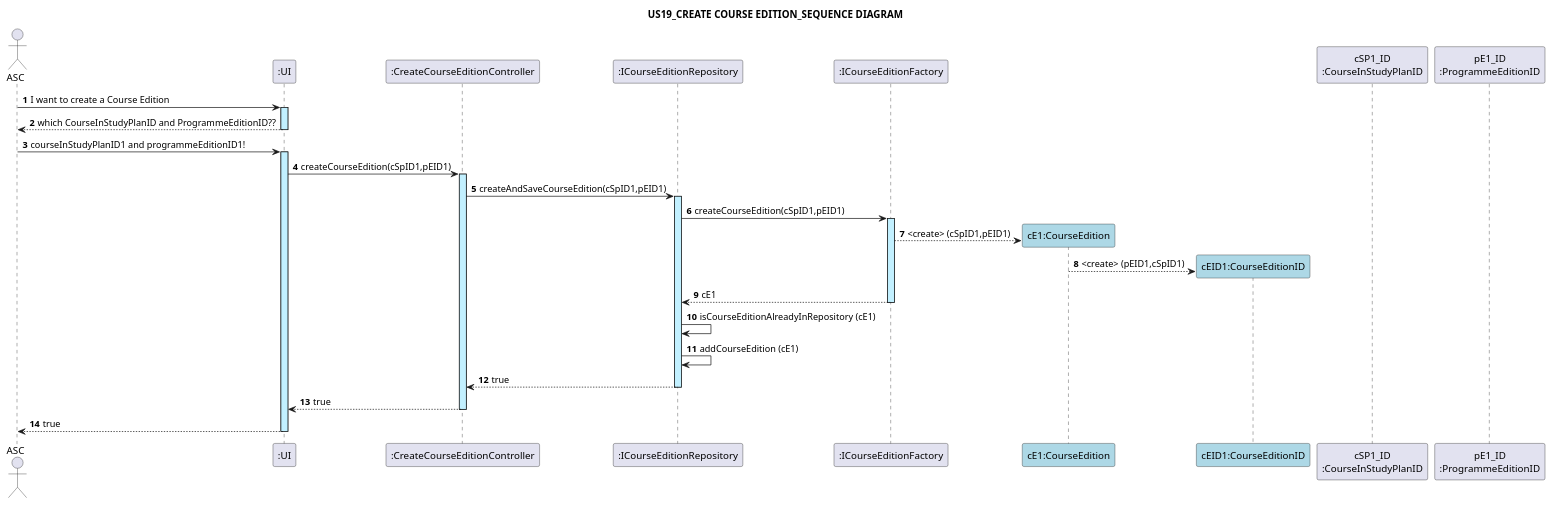
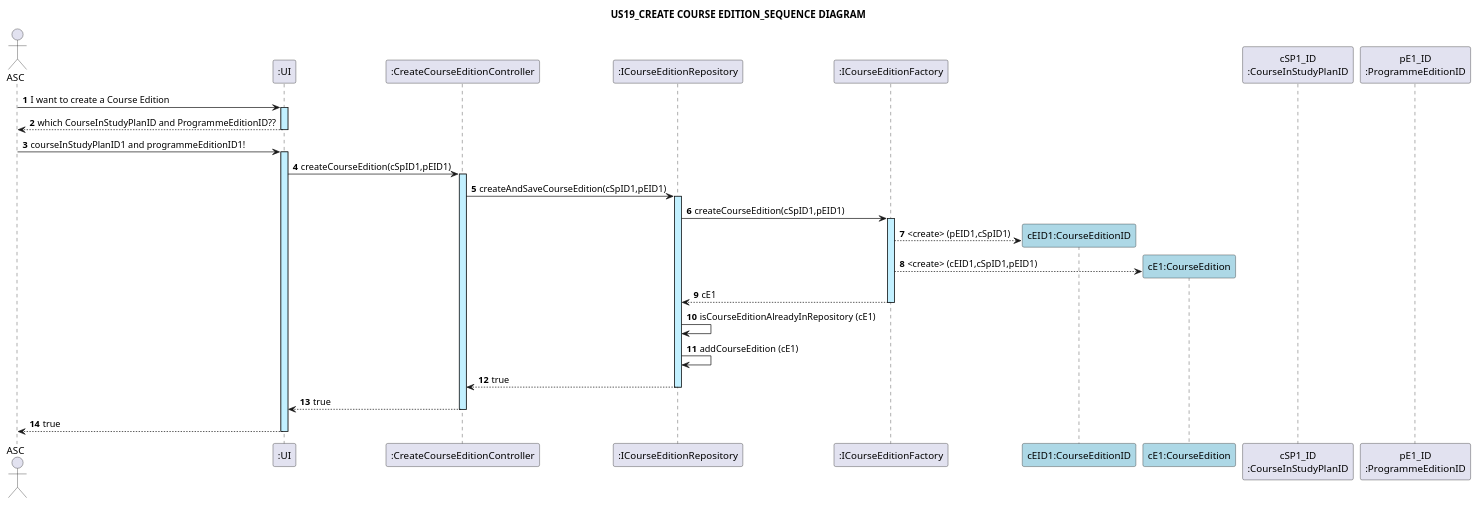
Before and after one commit to GasparISEP/DevOps-PAI: the diagram in docs/US19/US19_CreateCourseEdition_SequenceDiagram_ref1.puml, drawn with PlantUML. The commit also changed 1 other file, not shown here.

```diff
--- a/docs/US19/US19_CreateCourseEdition_SequenceDiagram_ref1.puml
+++ b/docs/US19/US19_CreateCourseEdition_SequenceDiagram_ref1.puml
@@ -1,38 +1,37 @@
 @startuml
 title: US19_CREATE COURSE EDITION_SEQUENCE DIAGRAM
 autonumber
 
 actor ASC
 participant ":UI" as UI
 participant ":CreateCourseEditionController" as CT
 participant ":ICourseEditionRepository" as CER
 participant ":ICourseEditionFactory" as CEF
 
 
 ASC -> UI ++ #application :  I want to create a Course Edition
 UI --> ASC -- : which CourseInStudyPlanID and ProgrammeEditionID??
 
 
 ASC -> UI ++ #application : courseInStudyPlanID1 and programmeEditionID1!
 UI -> CT ++ #application : createCourseEdition(cSpID1,pEID1)
 CT -> CER ++ #application : createAndSaveCourseEdition(cSpID1,pEID1)
 CER -> CEF ++ #application : createCourseEdition(cSpID1,pEID1)
 
-
+create "cEID1:CourseEditionID" as CEID #lightblue
+CEF --> CEID : <create> (pEID1,cSpID1)
 create "cE1:CourseEdition" as CE #lightblue
-CEF --> CE : <create> (cSpID1,pEID1)
-create "cEID1:CourseEditionID" as CEID #lightblue
-CE --> CEID : <create> (pEID1,cSpID1)
+CEF --> CE : <create> (cEID1,cSpID1,pEID1)
 CEF --> CER -- : cE1
 CER -> CER : isCourseEditionAlreadyInRepository (cE1)
 CER -> CER : addCourseEdition (cE1)
 
 CER --> CT --: true
 CT --> UI --: true
 UI --> ASC --: true
 
 
 participant "cSP1_ID\n:CourseInStudyPlanID" as CSP_ID
 participant "pE1_ID\n:ProgrammeEditionID" as PE_ID
 
 @enduml
```
